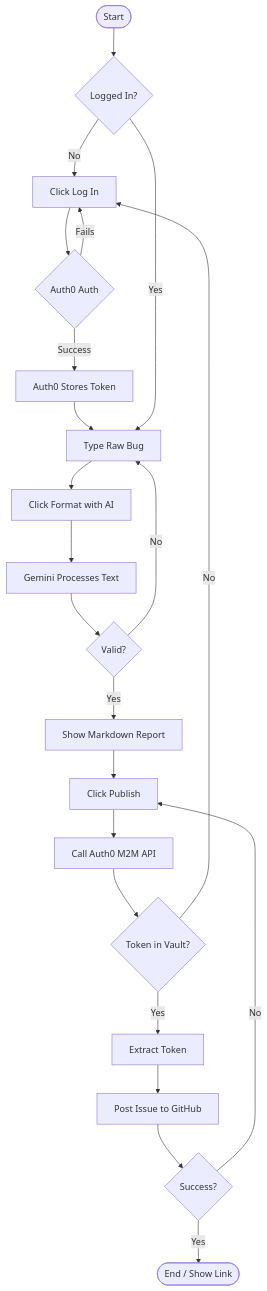
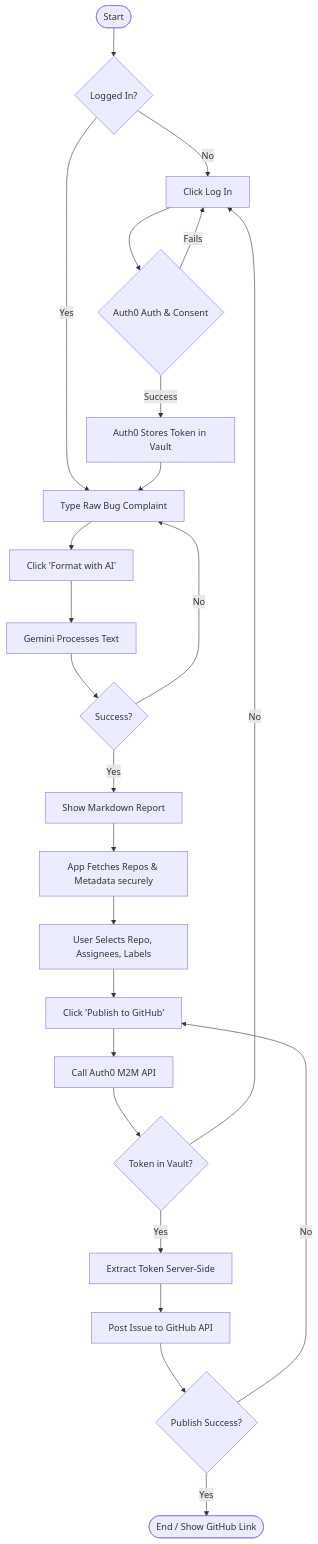
One commit to ArcVielLouvent/Vault-Tester changed the first of 2 diagrams in README.md. Above: the diagram before and after it, drawn with Mermaid. The commit also changed other lines of this file, not shown here.

Commit message:
Update README with updated sequence diagram and flowchart/graph td and Live demo and video demo link

````diff
--- a/README.md
+++ b/README.md
@@ -35,24 +39,26 @@
 ```mermaid
 graph TD;
-    A([Start])-->B{Logged In?};
-    B-- No -->C[Click Log In];
-    C-->D{Auth0 Auth};
-    D-- Success -->E[Auth0 Stores Token];
-    D-- Fails -->C;
-    E-->F[Type Raw Bug];
-    B-- Yes -->F;
-    F-->G[Click Format with AI];
-    G-->H[Gemini Processes Text];
-    H-->I{Valid?};
-    I-- No -->F;
-    I-- Yes -->J[Show Markdown Report];
-    J-->K[Click Publish];
-    K-->L[Call Auth0 M2M API];
-    L-->M{Token in Vault?};
-    M-- No -->C;
-    M-- Yes -->N[Extract Token];
-    N-->O[Post Issue to GitHub];
-    O-->P{Success?};
-    P-- No -->K;
-    P-- Yes -->Q([End / Show Link]);
+    A([Start]) --> B{Logged In?};
+    B -- No --> C[Click Log In];
+    C --> D{Auth0 Auth & Consent};
+    D -- Success --> E[Auth0 Stores Token in Vault];
+    D -- Fails --> C;
+    B -- Yes --> F[Type Raw Bug Complaint];
+    E --> F;
+    F --> G[Click 'Format with AI'];
+    G --> H[Gemini Processes Text];
+    H --> I{Success?};
+    I -- No --> F;
+    I -- Yes --> J[Show Markdown Report];
+    J --> K[App Fetches Repos & Metadata securely];
+    K --> L[User Selects Repo, Assignees, Labels];
+    L --> M[Click 'Publish to GitHub'];
+    M --> N[Call Auth0 M2M API];
+    N --> O{Token in Vault?};
+    O -- No --> C;
+    O -- Yes --> P[Extract Token Server-Side];
+    P --> Q[Post Issue to GitHub API];
+    Q --> R{Publish Success?};
+    R -- No --> M;
+    R -- Yes --> S([End / Show GitHub Link]);
 ```
````
